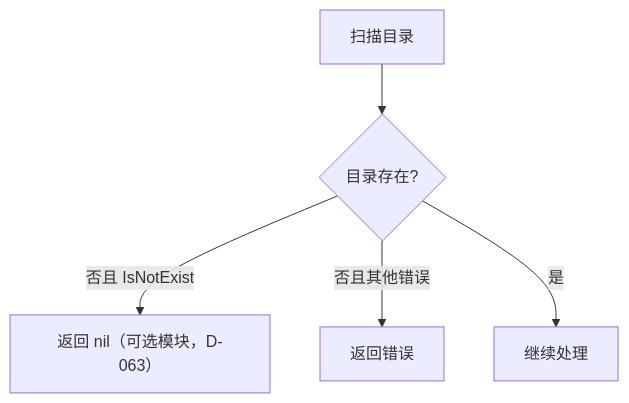
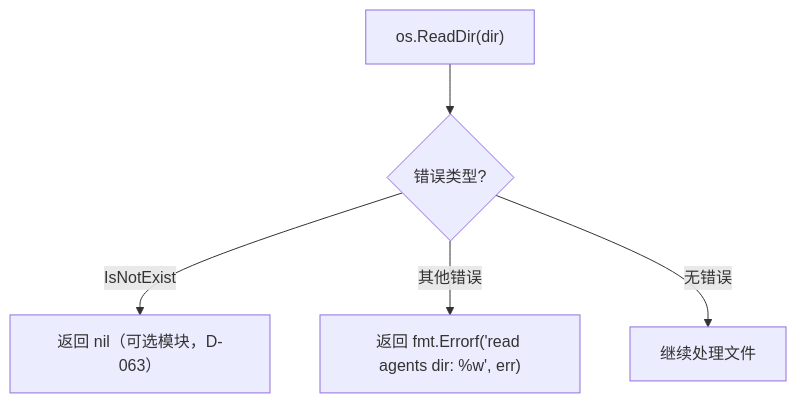
Before and after one commit to PineappleBond/xyncra-server: the third of 6 diagrams in wiki/flows/reload-agents.md, drawn with Mermaid. The commit also changed other lines of this file and 21 other files, not shown here.

````diff
--- a/wiki/flows/reload-agents.md
+++ b/wiki/flows/reload-agents.md
@@ -116,7 +123,7 @@
 ```mermaid
 flowchart TD
-    A[扫描目录] --> B{目录存在?}
-    B -->|否且 IsNotExist| C[返回 nil（可选模块，D-063）]
-    B -->|否且其他错误| D[返回错误]
-    B -->|是| E[继续处理]
+    A["os.ReadDir(dir)"] --> B{错误类型?}
+    B -->|IsNotExist| C["返回 nil（可选模块，D-063）"]
+    B -->|其他错误| D["返回 fmt.Errorf('read agents dir: %w', err)"]
+    B -->|无错误| E[继续处理文件]
 ```
````
